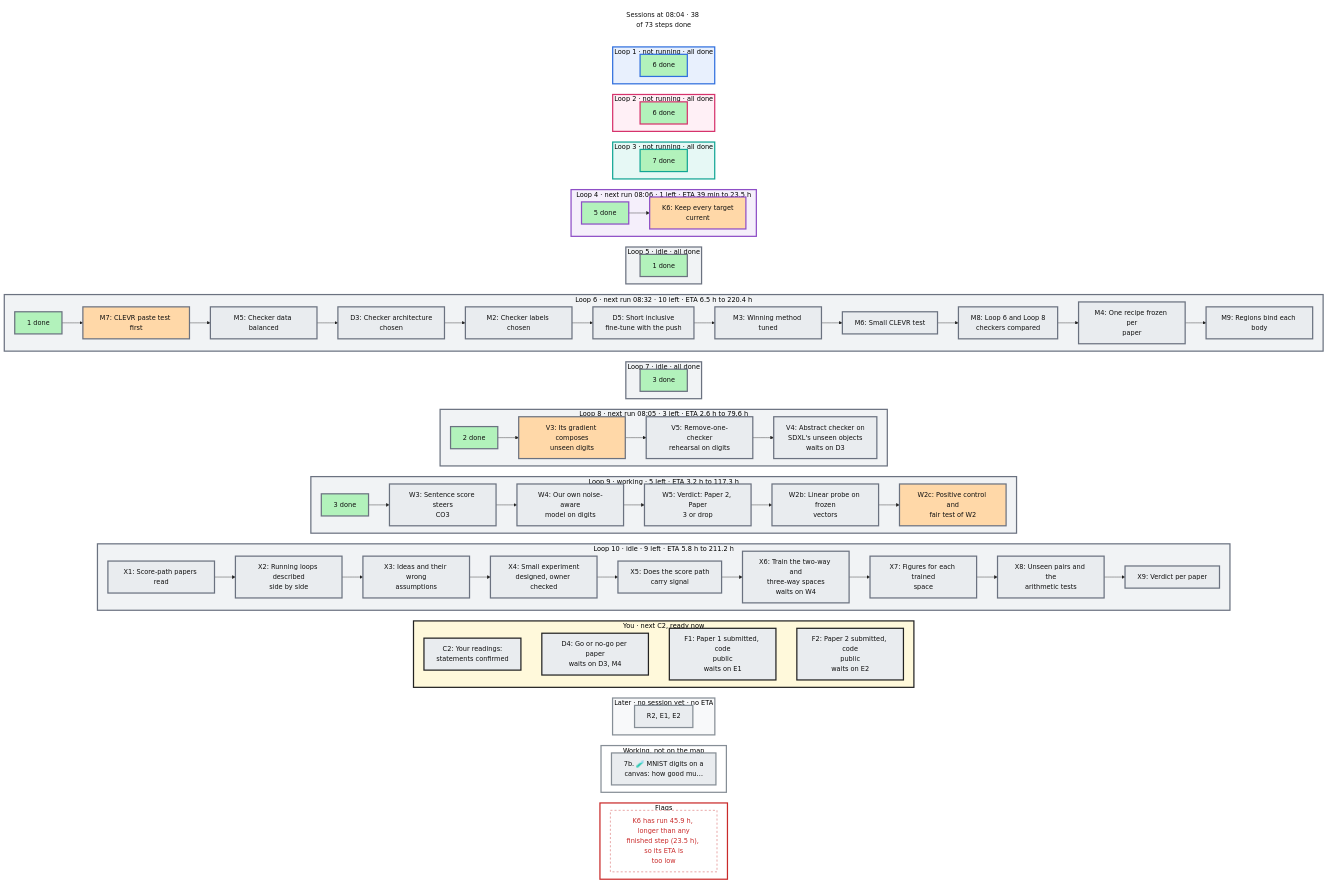
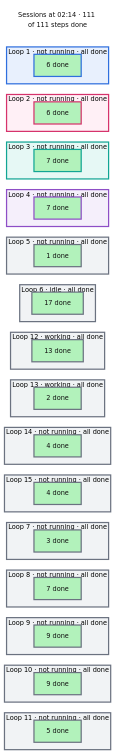
One commit to mo-rsa24/concept-composition changed the diagram in artifacts/notes/progress/sessions.mmd. Above: the diagram before and after it, drawn with Mermaid. The commit also changed 43 other files, not shown here.

Commit message:
Edits left uncommitted by the closed loops: plans, reviews, READMEs, history and board diagrams

```diff
--- a/artifacts/notes/progress/sessions.mmd
+++ b/artifacts/notes/progress/sessions.mmd
@@ -1,122 +1,99 @@
 %%{init: {'theme': 'base', 'themeVariables': {'fontFamily': 'monospace', 'primaryColor': '#ffffff', 'primaryBorderColor': '#222222', 'primaryTextColor': '#111111', 'lineColor': '#222222'}, 'flowchart': {'nodeSpacing': 16, 'rankSpacing': 26}}}%%
 flowchart TB
   classDef done fill:#b2f2bb,color:#111111
   classDef doing fill:#ffd8a8,color:#111111
   classDef todo fill:#e9ecef,color:#111111
   classDef note fill:#ffffff,stroke:#c92a2a,stroke-dasharray:5 5,color:#c92a2a
-  now["Sessions at 08:04 · 38 of 73 steps done"]
+  now["Sessions at 02:14 · 111 of 111 steps done"]
   style now fill:#ffffff,stroke:#ffffff,color:#111111
   subgraph L0["Loop 1 · not running · all done"]
     direction LR
     d0["6 done"]:::done
   end
   subgraph L1["Loop 2 · not running · all done"]
     direction LR
     d1["6 done"]:::done
   end
   subgraph L2["Loop 3 · not running · all done"]
     direction LR
     d2["7 done"]:::done
   end
-  subgraph L3["Loop 4 · next run 08:06 · 1 left · ETA 39 min to 23.5 h"]
+  subgraph L3["Loop 4 · not running · all done"]
     direction LR
-    d3["5 done"]:::done --> n_K6["K6: Keep every target<br/>current"]:::doing
+    d3["7 done"]:::done
   end
-  subgraph L4["Loop 5 · idle · all done"]
+  subgraph L4["Loop 5 · not running · all done"]
     direction LR
     d4["1 done"]:::done
   end
-  subgraph L5["Loop 6 · next run 08:32 · 10 left · ETA 6.5 h to 220.4 h"]
+  subgraph L5["Loop 6 · idle · all done"]
     direction LR
-    d5["1 done"]:::done --> n_M7["M7: CLEVR paste test first"]:::doing --> n_M5["M5: Checker data balanced"]:::todo --> n_D3["D3: Checker architecture<br/>chosen"]:::todo --> n_M2["M2: Checker labels chosen"]:::todo --> n_D5["D5: Short inclusive<br/>fine-tune with the push"]:::todo --> n_M3["M3: Winning method tuned"]:::todo --> n_M6["M6: Small CLEVR test"]:::todo --> n_M8["M8: Loop 6 and Loop 8<br/>checkers compared"]:::todo --> n_M4["M4: One recipe frozen per<br/>paper"]:::todo --> n_M9["M9: Regions bind each body"]:::todo
+    d5["17 done"]:::done
   end
-  subgraph L6["Loop 7 · idle · all done"]
+  subgraph L6["Loop 12 · working · all done"]
     direction LR
-    d6["3 done"]:::done
+    d6["13 done"]:::done
   end
-  subgraph L7["Loop 8 · next run 08:05 · 3 left · ETA 2.6 h to 79.6 h"]
+  subgraph L7["Loop 13 · working · all done"]
     direction LR
-    d7["2 done"]:::done --> n_V3["V3: Its gradient composes<br/>unseen digits"]:::doing --> n_V5["V5: Remove-one-checker<br/>rehearsal on digits"]:::todo --> n_V4["V4: Abstract checker on<br/>SDXL's unseen objects<br/>waits on D3"]:::todo
+    d7["2 done"]:::done
   end
-  subgraph L8["Loop 9 · working · 5 left · ETA 3.2 h to 117.3 h"]
+  subgraph L8["Loop 14 · not running · all done"]
     direction LR
-    d8["3 done"]:::done --> n_W3["W3: Sentence score steers<br/>CO3"]:::todo --> n_W4["W4: Our own noise-aware<br/>model on digits"]:::todo --> n_W5["W5: Verdict: Paper 2, Paper<br/>3 or drop"]:::todo --> n_W2b["W2b: Linear probe on frozen<br/>vectors"]:::todo --> n_W2c["W2c: Positive control and<br/>fair test of W2"]:::doing
+    d8["4 done"]:::done
   end
-  subgraph L9["Loop 10 · idle · 9 left · ETA 5.8 h to 211.2 h"]
+  subgraph L9["Loop 15 · not running · all done"]
     direction LR
-    n_X1["X1: Score-path papers read"]:::todo --> n_X2["X2: Running loops described<br/>side by side"]:::todo --> n_X3["X3: Ideas and their wrong<br/>assumptions"]:::todo --> n_X4["X4: Small experiment<br/>designed, owner checked"]:::todo --> n_X5["X5: Does the score path<br/>carry signal"]:::todo --> n_X6["X6: Train the two-way and<br/>three-way spaces<br/>waits on W4"]:::todo --> n_X7["X7: Figures for each trained<br/>space"]:::todo --> n_X8["X8: Unseen pairs and the<br/>arithmetic tests"]:::todo --> n_X9["X9: Verdict per paper"]:::todo
+    d9["4 done"]:::done
   end
-  subgraph L10["You · next C2, ready now"]
+  subgraph L10["Loop 7 · not running · all done"]
     direction LR
-    n_C2["C2: Your readings:<br/>statements confirmed"]:::todo ~~~ n_D4["D4: Go or no-go per paper<br/>waits on D3, M4"]:::todo ~~~ n_F1["F1: Paper 1 submitted, code<br/>public<br/>waits on E1"]:::todo ~~~ n_F2["F2: Paper 2 submitted, code<br/>public<br/>waits on E2"]:::todo
+    d10["3 done"]:::done
   end
-  subgraph L11["Later · no session yet · no ETA"]
+  subgraph L11["Loop 8 · not running · all done"]
     direction LR
-    later["R2, E1, E2"]:::todo
+    d11["7 done"]:::done
   end
-  subgraph L12["Working, not on the map"]
+  subgraph L12["Loop 9 · not running · all done"]
     direction LR
-    off0["7b. 🧪 MNIST digits on a<br/>canvas: how good mu…"]:::todo
+    d12["9 done"]:::done
   end
-  subgraph L13["Flags"]
+  subgraph L13["Loop 10 · not running · all done"]
     direction LR
-    flag0["K6 has run 45.9 h, longer than any<br/>finished step (23.5 h), so its ETA is<br/>too low"]:::note
+    d13["9 done"]:::done
   end
-  now ~~~ L0 ~~~ L1 ~~~ L2 ~~~ L3 ~~~ L4 ~~~ L5 ~~~ L6 ~~~ L7 ~~~ L8 ~~~ L9 ~~~ L10 ~~~ L11 ~~~ L12 ~~~ L13
+  subgraph L14["Loop 11 · not running · all done"]
+    direction LR
+    d14["5 done"]:::done
+  end
+  now ~~~ L0 ~~~ L1 ~~~ L2 ~~~ L3 ~~~ L4 ~~~ L5 ~~~ L6 ~~~ L7 ~~~ L8 ~~~ L9 ~~~ L10 ~~~ L11 ~~~ L12 ~~~ L13 ~~~ L14
   style L0 fill:#e8f0fd,stroke:#2f6fde,stroke-width:3px
   style d0 stroke:#2f6fde,stroke-width:3px
   style L1 fill:#fff0f6,stroke:#d6336c,stroke-width:3px
   style d1 stroke:#d6336c,stroke-width:3px
   style L2 fill:#e6f8f5,stroke:#12a594,stroke-width:3px
   style d2 stroke:#12a594,stroke-width:3px
   style L3 fill:#f5effb,stroke:#8e4ec6,stroke-width:3px
   style d3 stroke:#8e4ec6,stroke-width:3px
-  style n_K6 stroke:#8e4ec6,stroke-width:3px
   style L4 fill:#f1f3f5,stroke:#6b7280,stroke-width:3px
   style d4 stroke:#6b7280,stroke-width:3px
   style L5 fill:#f1f3f5,stroke:#6b7280,stroke-width:3px
   style d5 stroke:#6b7280,stroke-width:3px
-  style n_M7 stroke:#6b7280,stroke-width:3px
-  style n_M5 stroke:#6b7280,stroke-width:3px
-  style n_D3 stroke:#6b7280,stroke-width:3px
-  style n_M2 stroke:#6b7280,stroke-width:3px
-  style n_D5 stroke:#6b7280,stroke-width:3px
-  style n_M3 stroke:#6b7280,stroke-width:3px
-  style n_M6 stroke:#6b7280,stroke-width:3px
-  style n_M8 stroke:#6b7280,stroke-width:3px
-  style n_M4 stroke:#6b7280,stroke-width:3px
-  style n_M9 stroke:#6b7280,stroke-width:3px
   style L6 fill:#f1f3f5,stroke:#6b7280,stroke-width:3px
   style d6 stroke:#6b7280,stroke-width:3px
   style L7 fill:#f1f3f5,stroke:#6b7280,stroke-width:3px
   style d7 stroke:#6b7280,stroke-width:3px
-  style n_V3 stroke:#6b7280,stroke-width:3px
-  style n_V5 stroke:#6b7280,stroke-width:3px
-  style n_V4 stroke:#6b7280,stroke-width:3px
   style L8 fill:#f1f3f5,stroke:#6b7280,stroke-width:3px
   style d8 stroke:#6b7280,stroke-width:3px
-  style n_W3 stroke:#6b7280,stroke-width:3px
-  style n_W4 stroke:#6b7280,stroke-width:3px
-  style n_W5 stroke:#6b7280,stroke-width:3px
-  style n_W2b stroke:#6b7280,stroke-width:3px
-  style n_W2c stroke:#6b7280,stroke-width:3px
   style L9 fill:#f1f3f5,stroke:#6b7280,stroke-width:3px
-  style n_X1 stroke:#6b7280,stroke-width:3px
-  style n_X2 stroke:#6b7280,stroke-width:3px
-  style n_X3 stroke:#6b7280,stroke-width:3px
-  style n_X4 stroke:#6b7280,stroke-width:3px
-  style n_X5 stroke:#6b7280,stroke-width:3px
-  style n_X6 stroke:#6b7280,stroke-width:3px
-  style n_X7 stroke:#6b7280,stroke-width:3px
-  style n_X8 stroke:#6b7280,stroke-width:3px
-  style n_X9 stroke:#6b7280,stroke-width:3px
-  style L10 fill:#fff9db,stroke:#222222,stroke-width:3px
-  style n_C2 stroke:#222222,stroke-width:3px
-  style n_D4 stroke:#222222,stroke-width:3px
-  style n_F1 stroke:#222222,stroke-width:3px
-  style n_F2 stroke:#222222,stroke-width:3px
-  style L11 fill:#f8f9fa,stroke:#868e96,stroke-width:3px
-  style later stroke:#868e96,stroke-width:3px
-  style L12 fill:#ffffff,stroke:#868e96,stroke-width:3px
-  style off0 stroke:#868e96,stroke-width:3px
-  style L13 fill:#ffffff,stroke:#c92a2a,stroke-width:3px
+  style d9 stroke:#6b7280,stroke-width:3px
+  style L10 fill:#f1f3f5,stroke:#6b7280,stroke-width:3px
+  style d10 stroke:#6b7280,stroke-width:3px
+  style L11 fill:#f1f3f5,stroke:#6b7280,stroke-width:3px
+  style d11 stroke:#6b7280,stroke-width:3px
+  style L12 fill:#f1f3f5,stroke:#6b7280,stroke-width:3px
+  style d12 stroke:#6b7280,stroke-width:3px
+  style L13 fill:#f1f3f5,stroke:#6b7280,stroke-width:3px
+  style d13 stroke:#6b7280,stroke-width:3px
+  style L14 fill:#f1f3f5,stroke:#6b7280,stroke-width:3px
+  style d14 stroke:#6b7280,stroke-width:3px
```
